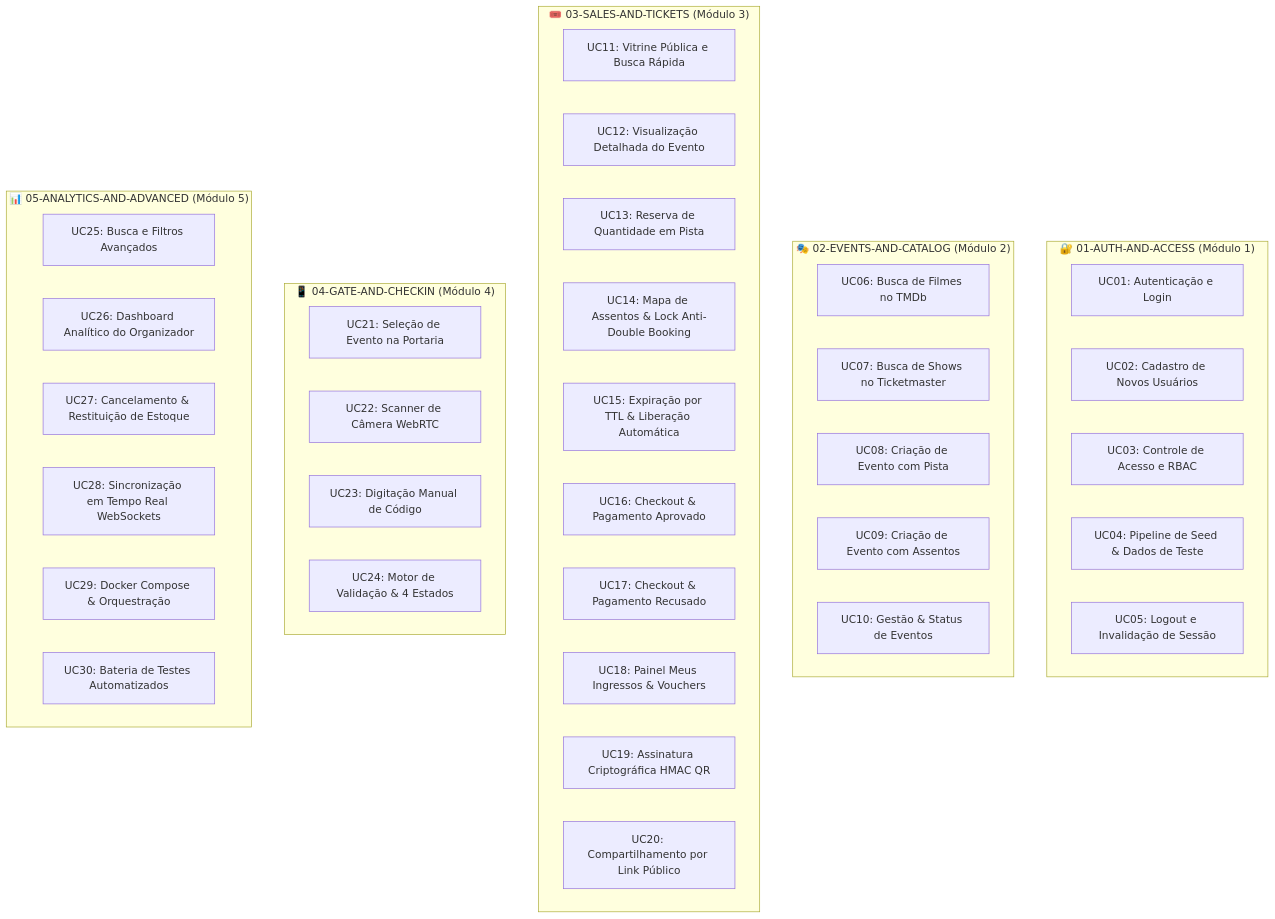
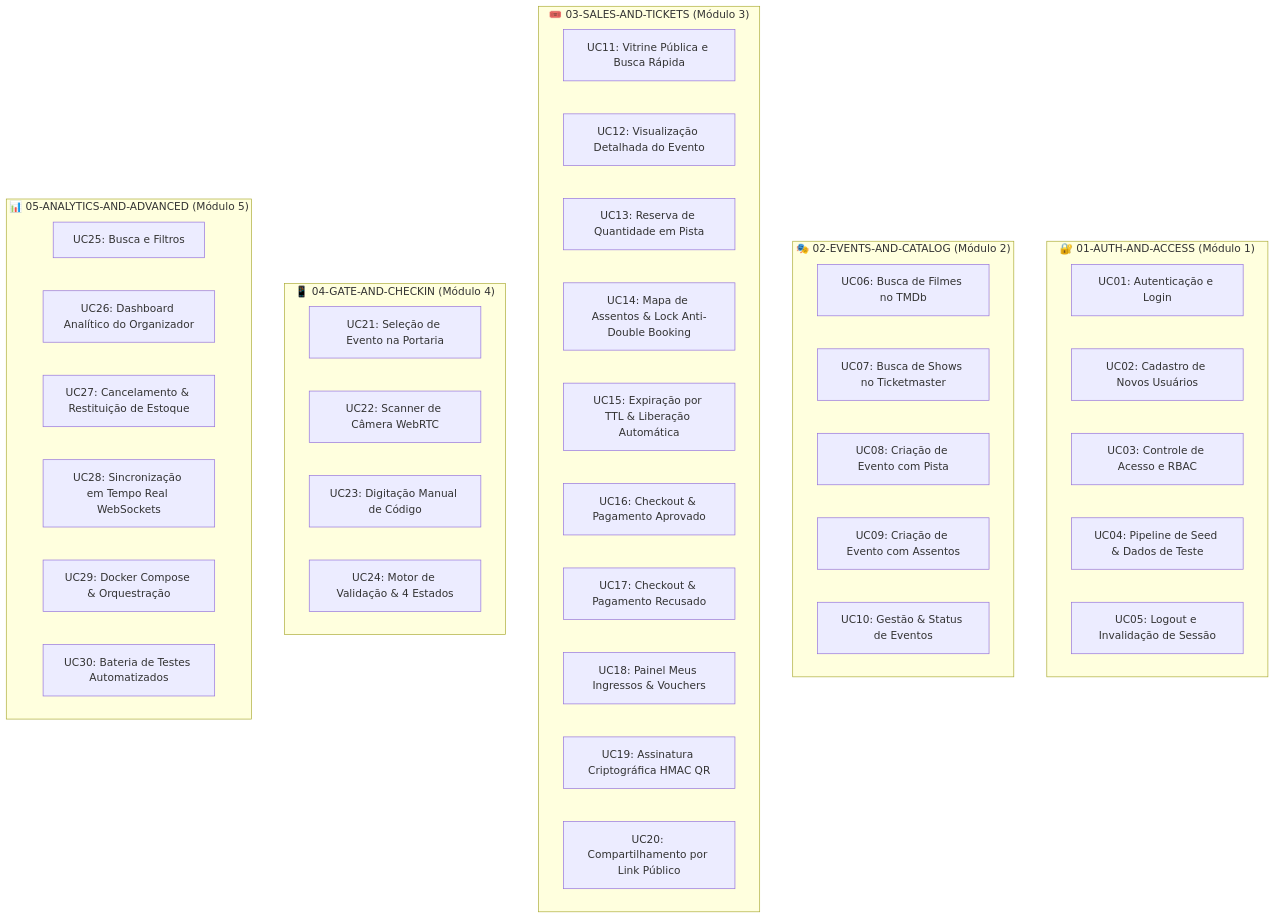
The diagram in docs/01-use-cases/README.md (henriquemarioto/ticket-platform-verzel), drawn with Mermaid before and after one commit. The commit also changed other lines of this file and 20 other files, not shown here.

````diff
--- a/docs/01-use-cases/README.md
+++ b/docs/01-use-cases/README.md
@@ -11,47 +11,47 @@
 ```mermaid
 flowchart TD
     subgraph M1["🔐 01-AUTH-AND-ACCESS (Módulo 1)"]
         UC01["UC01: Autenticação e Login"]
         UC02["UC02: Cadastro de Novos Usuários"]
         UC03["UC03: Controle de Acesso e RBAC"]
         UC04["UC04: Pipeline de Seed & Dados de Teste"]
         UC05["UC05: Logout e Invalidação de Sessão"]
     end
 
     subgraph M2["🎭 02-EVENTS-AND-CATALOG (Módulo 2)"]
         UC06["UC06: Busca de Filmes no TMDb"]
         UC07["UC07: Busca de Shows no Ticketmaster"]
         UC08["UC08: Criação de Evento com Pista"]
         UC09["UC09: Criação de Evento com Assentos"]
         UC10["UC10: Gestão & Status de Eventos"]
     end
 
     subgraph M3["🎟️ 03-SALES-AND-TICKETS (Módulo 3)"]
         UC11["UC11: Vitrine Pública e Busca Rápida"]
         UC12["UC12: Visualização Detalhada do Evento"]
         UC13["UC13: Reserva de Quantidade em Pista"]
         UC14["UC14: Mapa de Assentos & Lock Anti-Double Booking"]
         UC15["UC15: Expiração por TTL & Liberação Automática"]
         UC16["UC16: Checkout & Pagamento Aprovado"]
         UC17["UC17: Checkout & Pagamento Recusado"]
         UC18["UC18: Painel Meus Ingressos & Vouchers"]
         UC19["UC19: Assinatura Criptográfica HMAC QR"]
         UC20["UC20: Compartilhamento por Link Público"]
     end
 
     subgraph M4["📱 04-GATE-AND-CHECKIN (Módulo 4)"]
         UC21["UC21: Seleção de Evento na Portaria"]
         UC22["UC22: Scanner de Câmera WebRTC"]
         UC23["UC23: Digitação Manual de Código"]
         UC24["UC24: Motor de Validação & 4 Estados"]
     end
 
     subgraph M5["📊 05-ANALYTICS-AND-ADVANCED (Módulo 5)"]
-        UC25["UC25: Busca e Filtros Avançados"]
+        UC25["UC25: Busca e Filtros"]
         UC26["UC26: Dashboard Analítico do Organizador"]
         UC27["UC27: Cancelamento & Restituição de Estoque"]
         UC28["UC28: Sincronização em Tempo Real WebSockets"]
         UC29["UC29: Docker Compose & Orquestração"]
         UC30["UC30: Bateria de Testes Automatizados"]
     end
 ```
````
